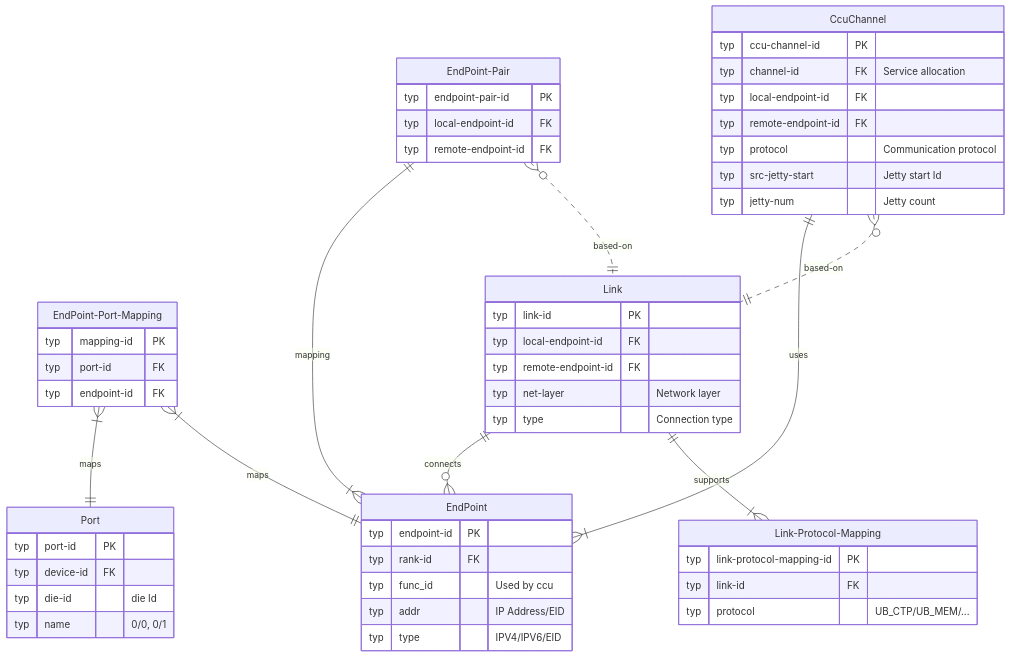
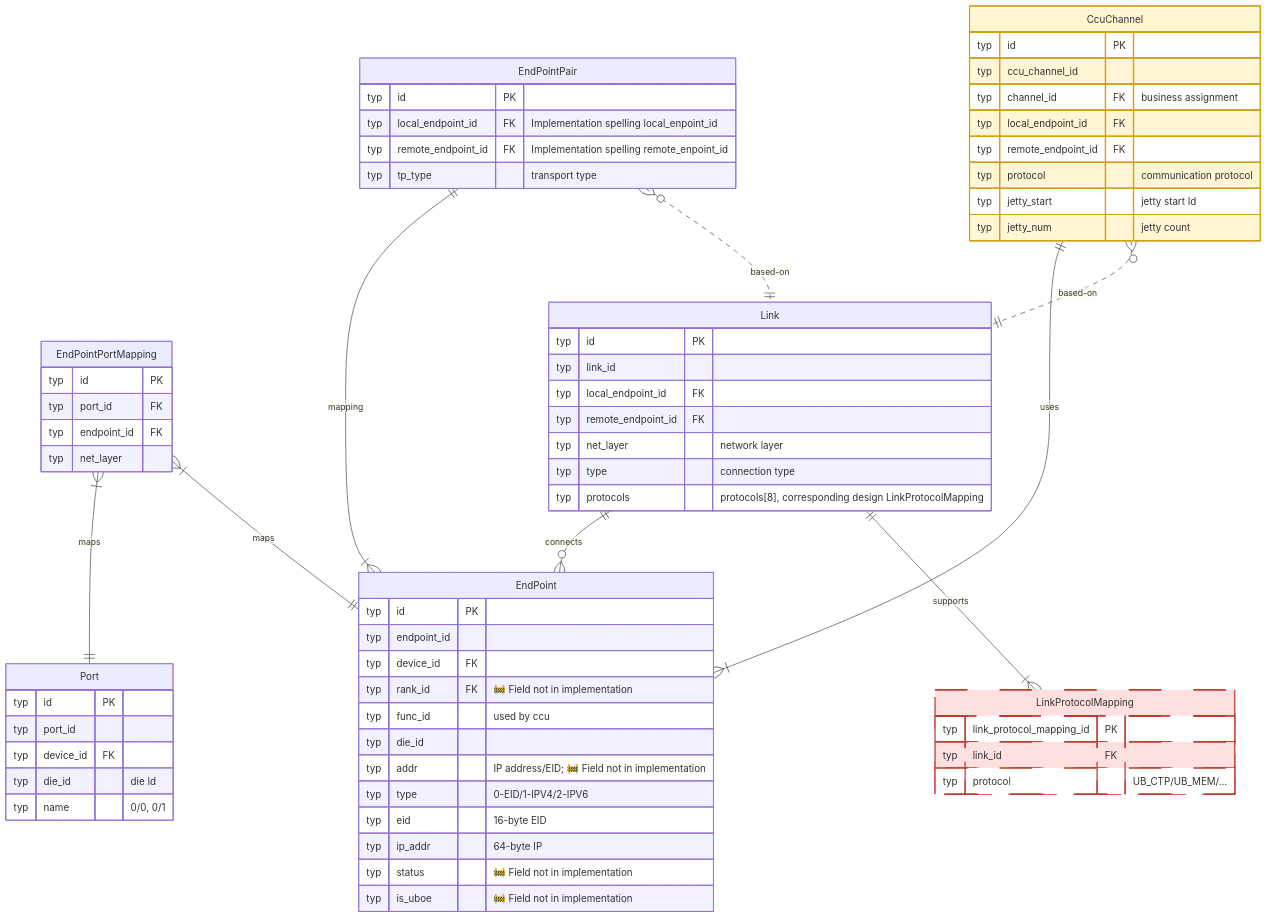
One commit to Fengfengst123/hcomm-mirror changed the fourth of 19 diagrams in test/hccl_vm/docs/simulator_runner_data_model_en.md. Above: the diagram before and after it, drawn with Mermaid. The commit also changed other lines of this file and 701 other files, not shown here.

````diff
--- a/test/hccl_vm/docs/simulator_runner_data_model_en.md
+++ b/test/hccl_vm/docs/simulator_runner_data_model_en.md
@@ -239,61 +326,80 @@
 ```mermaid
 erDiagram
     %% ==========================================
     %% Network Topology and Connection Layer
+    %% CcuChannel: only accessed by cmd dump, no writer in entire repo (empty table)
     %% ==========================================
     EndPoint {
-        typ endpoint-id PK
-        typ rank-id FK
-        typ func_id "Used by ccu"
-        typ addr "IP Address/EID"
-        typ type "IPV4/IPV6/EID"
+        typ id PK
+        typ endpoint_id
+        typ device_id FK
+        typ rank_id FK "🚧 Field not in implementation"
+        typ func_id "used by ccu"
+        typ die_id
+        typ addr "IP address/EID; 🚧 Field not in implementation"
+        typ type "0-EID/1-IPV4/2-IPV6"
+        typ eid "16-byte EID"
+        typ ip_addr "64-byte IP"
+        typ status "🚧 Field not in implementation"
+        typ is_uboe "🚧 Field not in implementation"
     }
     Port {
-        typ port-id PK
-        typ device-id FK
-        typ die-id "die Id"
+        typ id PK
+        typ port_id
+        typ device_id FK
+        typ die_id "die Id"
         typ name "0/0, 0/1"
     }
-    EndPoint-Port-Mapping {
-        typ mapping-id PK
-        typ port-id FK
-        typ endpoint-id FK
+    EndPointPortMapping {
+        typ id PK
+        typ port_id FK
+        typ endpoint_id FK
+        typ net_layer
     }
     %% Physical connections defined by topo.json
     Link {
-        typ link-id PK
-        typ local-endpoint-id FK
-        typ remote-endpoint-id FK
-        typ net-layer "Network layer"
-        typ type "Connection type"
+        typ id PK
+        typ link_id
+        typ local_endpoint_id FK
+        typ remote_endpoint_id FK
+        typ net_layer "network layer"
+        typ type "connection type"
+        typ protocols "protocols[8], corresponding design LinkProtocolMapping"
     }
-    Link-Protocol-Mapping {
-        typ link-protocol-mapping-id PK
-        typ link-id FK
+    LinkProtocolMapping {
+        typ link_protocol_mapping_id PK
+        typ link_id FK
         typ protocol "UB_CTP/UB_MEM/..."
     }
-    %% 
-    EndPoint-Pair {
-        typ endpoint-pair-id PK
-        typ local-endpoint-id FK
-        typ remote-endpoint-id FK
+
+    EndPointPair {
+        typ id PK
+        typ local_endpoint_id FK "Implementation spelling local_enpoint_id"
+        typ remote_endpoint_id FK "Implementation spelling remote_enpoint_id"
+        typ tp_type "transport type"
     }
     CcuChannel {
-        typ ccu-channel-id PK
-        typ channel-id FK   "Service allocation"
-        typ local-endpoint-id FK
-        typ remote-endpoint-id FK
-        typ protocol "Communication protocol"
-        typ src-jetty-start "Jetty start Id"
-        typ jetty-num "Jetty count"
+        typ id PK
+        typ ccu_channel_id
+        typ channel_id FK   "business assignment"
+        typ local_endpoint_id FK
+        typ remote_endpoint_id FK
+        typ protocol "communication protocol"
+        typ jetty_start "jetty start Id"
+        typ jetty_num "jetty count"
     }
 
-    EndPoint-Port-Mapping }|--|| Port : maps
-    EndPoint-Port-Mapping }|--|| EndPoint : maps
+    EndPointPortMapping }|--|| Port : maps
+    EndPointPortMapping }|--|| EndPoint : maps
     Link ||--o{ EndPoint : connects
-    Link ||--|{ Link-Protocol-Mapping : "supports"
-    EndPoint-Pair ||--|{ EndPoint : mapping
-    EndPoint-Pair }o..|| Link : "based-on"
+    Link ||--|{ LinkProtocolMapping : "supports"
+    EndPointPair ||--|{ EndPoint : mapping
+    EndPointPair }o..|| Link : "based-on"
     CcuChannel ||--|{ EndPoint : uses
     CcuChannel }o..|| Link : "based-on"
+
+    classDef unimplemented fill:#ffe0e0,stroke:#c0392b,stroke-width:2px,stroke-dasharray:5 3
+    classDef inproc fill:#fff6d6,stroke:#d4a017,stroke-width:2px
+    class LinkProtocolMapping unimplemented
+    class CcuChannel inproc
 ```
````
